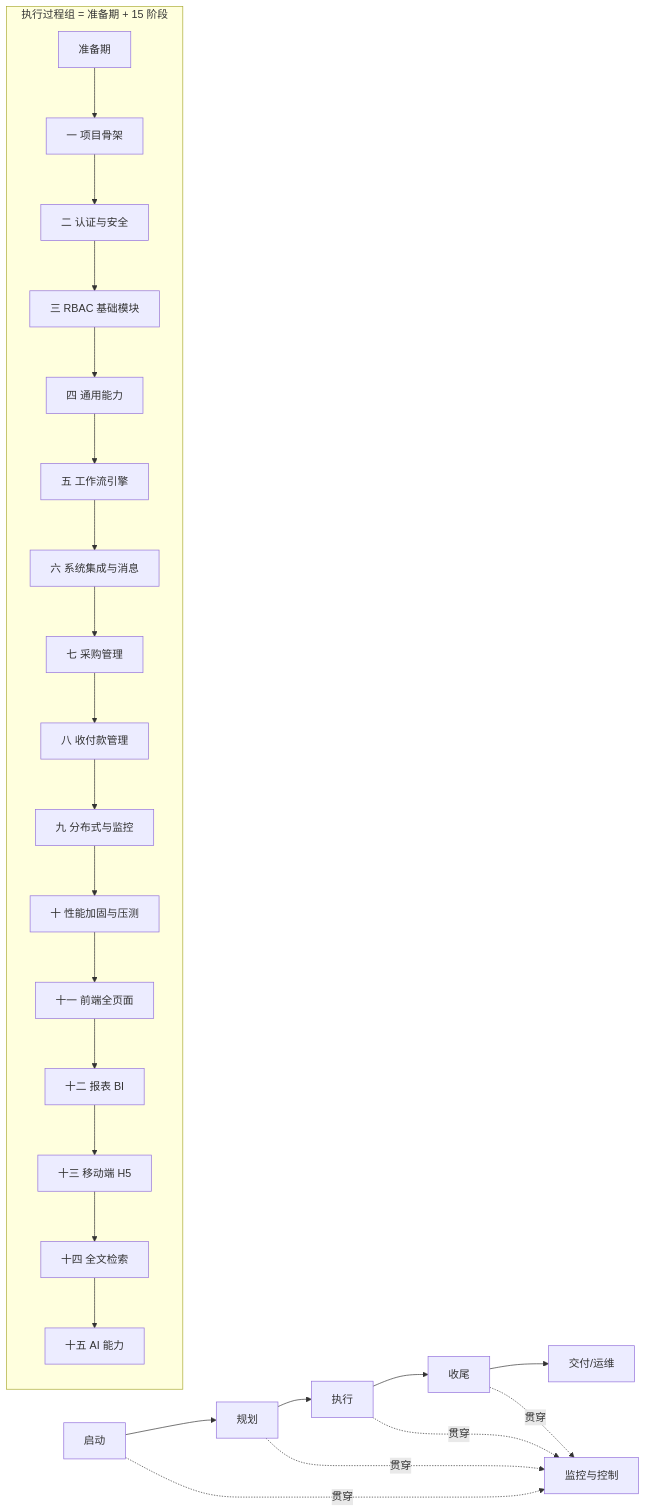
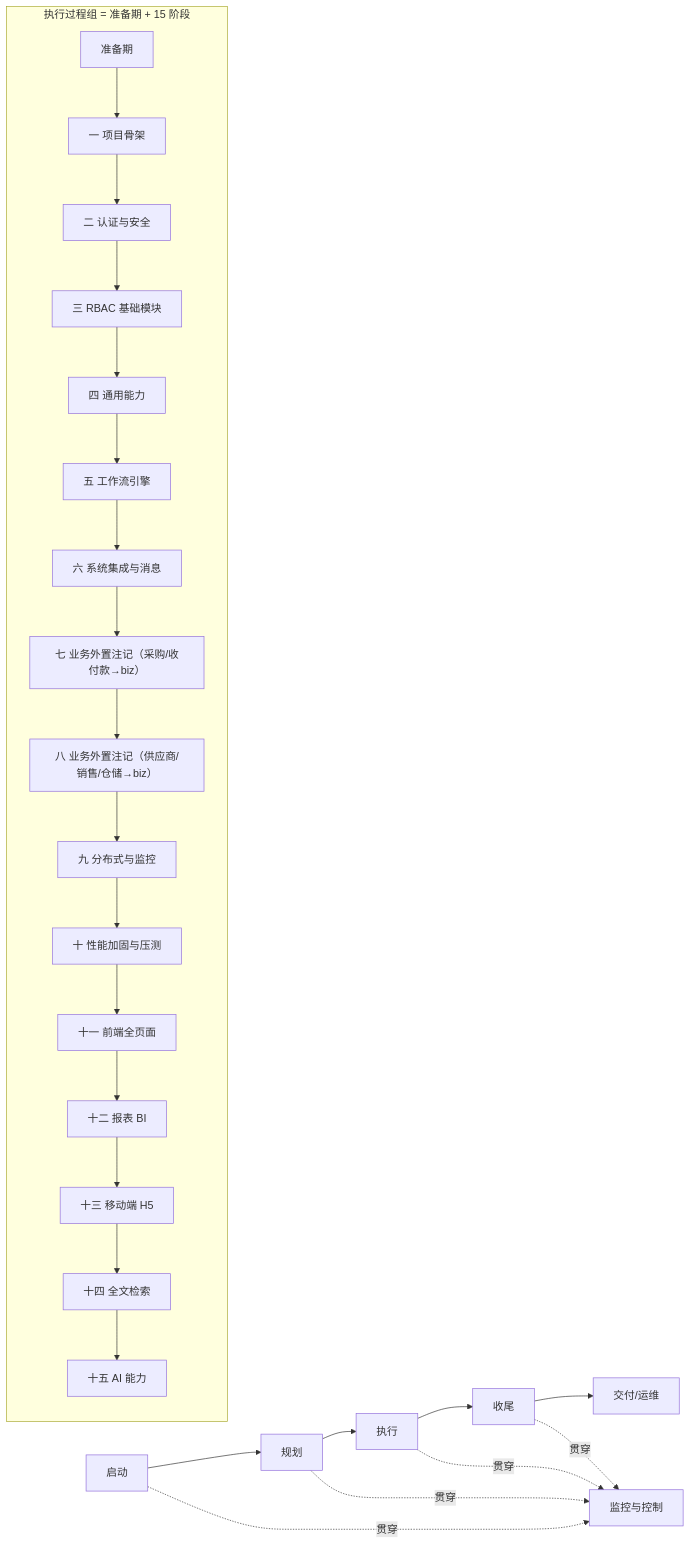
The first of 2 diagrams in 文档/规划/总体项目规划.md (minjian123/basic-management-system), drawn with Mermaid before and after one commit. The commit also changed other lines of this file and 5 other files, not shown here.

````diff
--- a/文档/规划/总体项目规划.md
+++ b/文档/规划/总体项目规划.md
@@ -92,20 +92,20 @@
 ```mermaid
 flowchart LR
     A["启动"] --> B["规划"]
     B --> C["执行"]
     C --> D["收尾"]
     D --> E["交付/运维"]
     A -.->|贯穿| F["监控与控制"]
     B -.->|贯穿| F
     C -.->|贯穿| F
     D -.->|贯穿| F
 
     subgraph EXEC["执行过程组 = 准备期 + 15 阶段"]
         P0["准备期"] --> S1["一 项目骨架"] --> S2["二 认证与安全"] --> S3["三 RBAC 基础模块"]
         S3 --> S4["四 通用能力"] --> S5["五 工作流引擎"] --> S6["六 系统集成与消息"]
-        S6 --> S7["七 采购管理"] --> S8["八 收付款管理"] --> S9["九 分布式与监控"]
+        S6 --> S7["七 业务外置注记（采购/收付款→biz）"] --> S8["八 业务外置注记（供应商/销售/仓储→biz）"] --> S9["九 分布式与监控"]
         S9 --> S10["十 性能加固与压测"] --> S11["十一 前端全页面"]
         S11 --> S12["十二 报表 BI"] --> S13["十三 移动端 H5"]
         S13 --> S14["十四 全文检索"] --> S15["十五 AI 能力"]
     end
 ```
````
